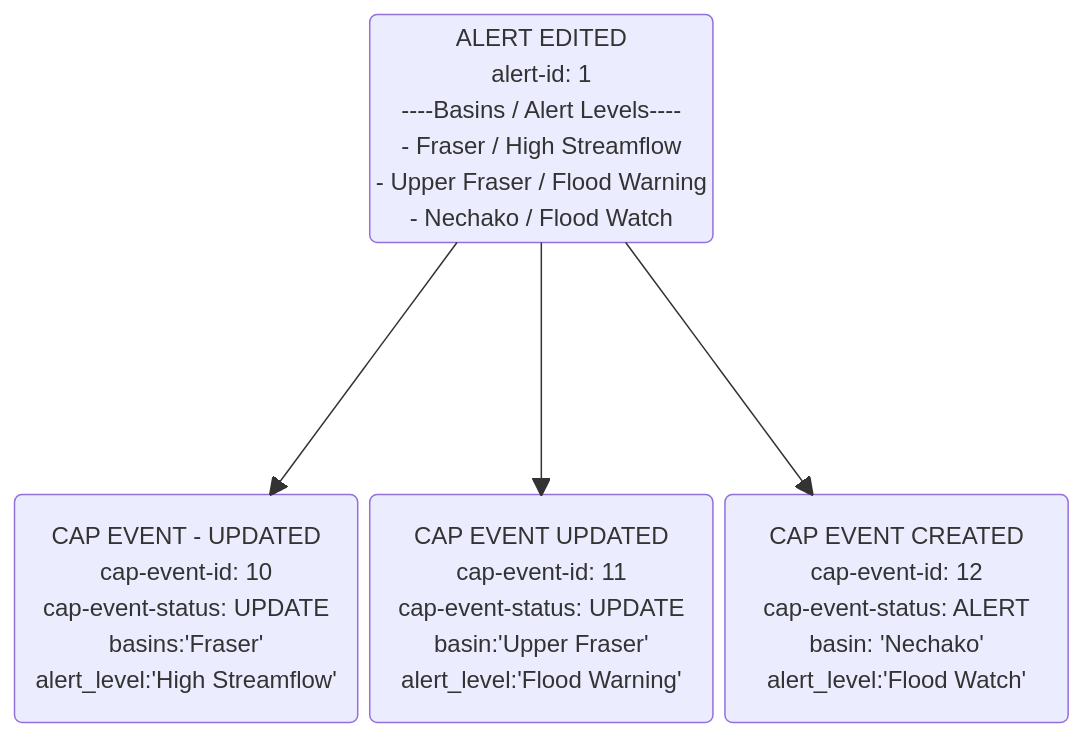
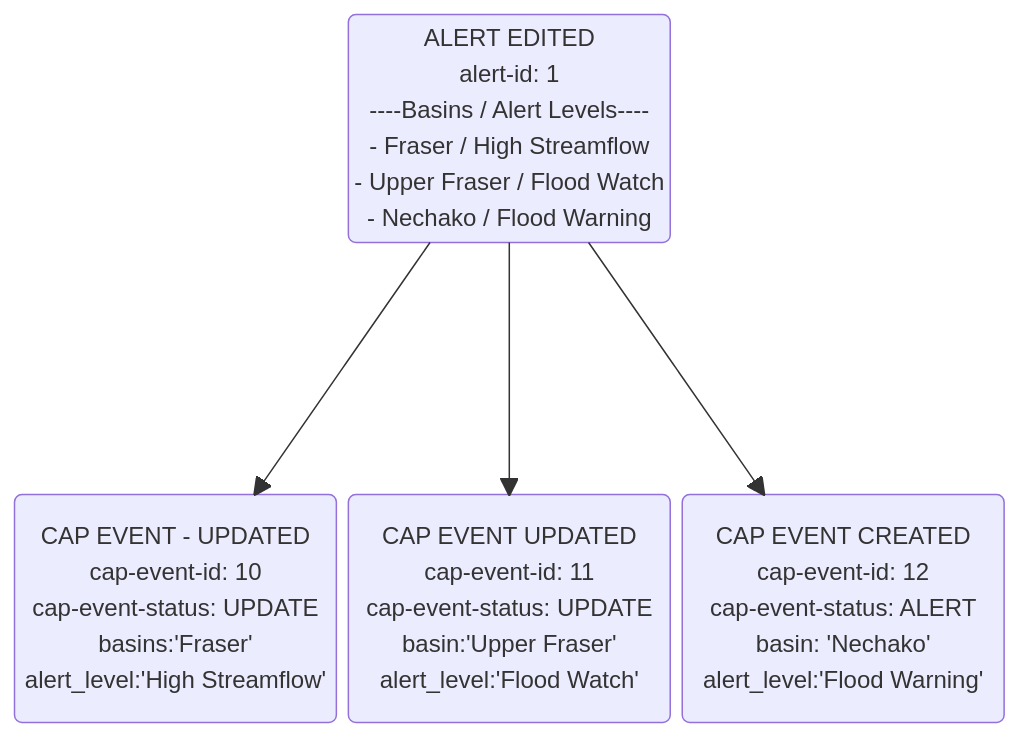
One commit to bcgov/nr-rfc-alertauthoring changed the fifth of 9 diagrams in docs/backend-planning/data_flow.md. Above: the diagram before and after it, drawn with Mermaid. The commit also changed other lines of this file and 11 other files, not shown here.

````diff
--- a/docs/backend-planning/data_flow.md
+++ b/docs/backend-planning/data_flow.md
@@ -105,16 +105,16 @@
 ```mermaid
 block-beta
   columns 3
   space
-  new_alert("ALERT EDITED\nalert-id: 1\n----Basins / Alert Levels----\n- Fraser / High Streamflow\n- Upper Fraser / Flood Warning\n- Nechako / Flood Watch\n")
+  new_alert("ALERT EDITED\nalert-id: 1\n----Basins / Alert Levels----\n- Fraser / High Streamflow\n- Upper Fraser / Flood Watch\n- Nechako / Flood Warning\n")
   space
   space:3
   cap_event_1("CAP EVENT - UPDATED\ncap-event-id: 10\ncap-event-status: UPDATE\nbasins:'Fraser'\nalert_level:'High Streamflow'")
-  cap_event_2("CAP EVENT UPDATED\ncap-event-id: 11\ncap-event-status: UPDATE\nbasin:'Upper Fraser'\nalert_level:'Flood Warning'")
-  cap_event_3("CAP EVENT CREATED\ncap-event-id: 12\ncap-event-status: ALERT\nbasin: 'Nechako'\nalert_level:'Flood Watch'")
+  cap_event_2("CAP EVENT UPDATED\ncap-event-id: 11\ncap-event-status: UPDATE\nbasin:'Upper Fraser'\nalert_level:'Flood Watch'")
+  cap_event_3("CAP EVENT CREATED\ncap-event-id: 12\ncap-event-status: ALERT\nbasin: 'Nechako'\nalert_level:'Flood Warning'")
 
   new_alert --> cap_event_1
   new_alert --> cap_event_2
   new_alert --> cap_event_3
 
 ```
````
